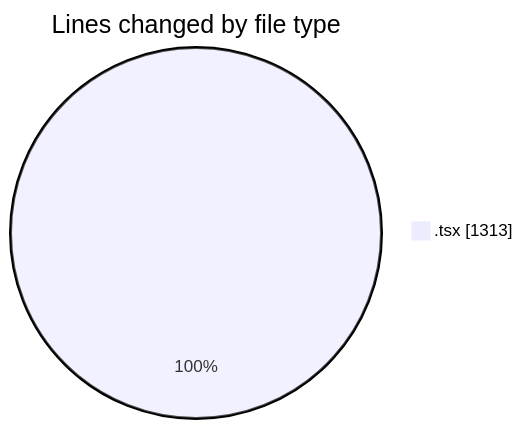
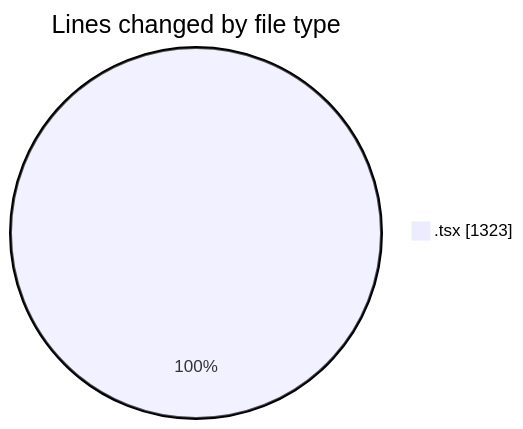
One commit to momahboobian/code-tracking changed the first of 2 diagrams in 2025-09-30/cda/README.md. Above: the diagram before and after it, drawn with Mermaid. The commit also changed other lines of this file and 1 other file, not shown here.

````diff
--- a/2025-09-30/cda/README.md
+++ b/2025-09-30/cda/README.md
@@ -21,5 +21,5 @@
 ```mermaid
 pie showData
 title Lines changed by file type
-".tsx" : 1313
+".tsx" : 1323
 ```
````
